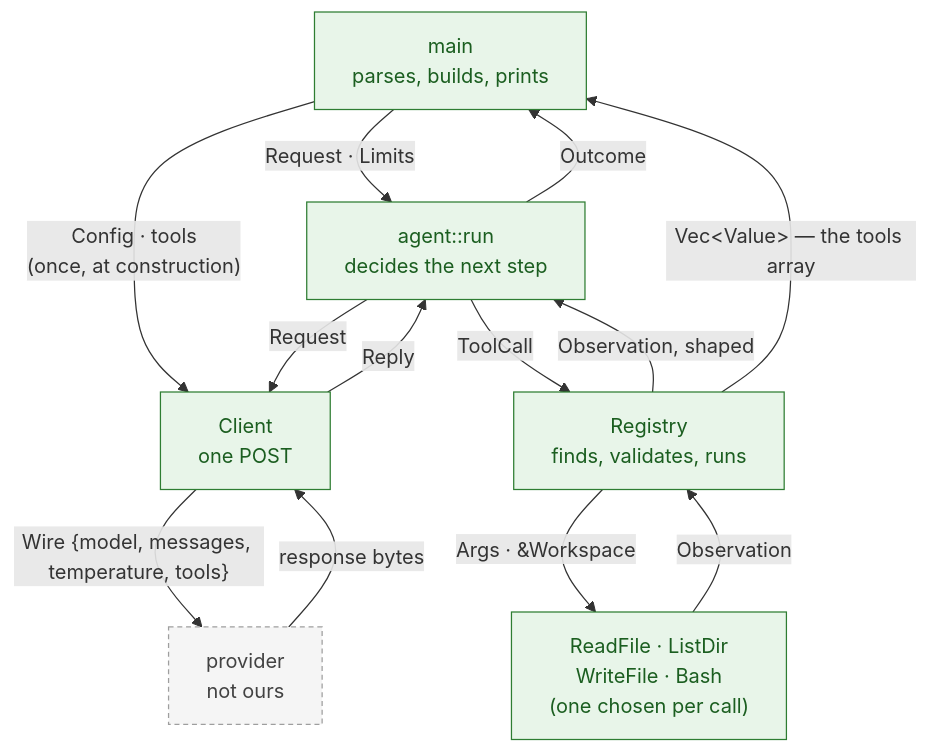
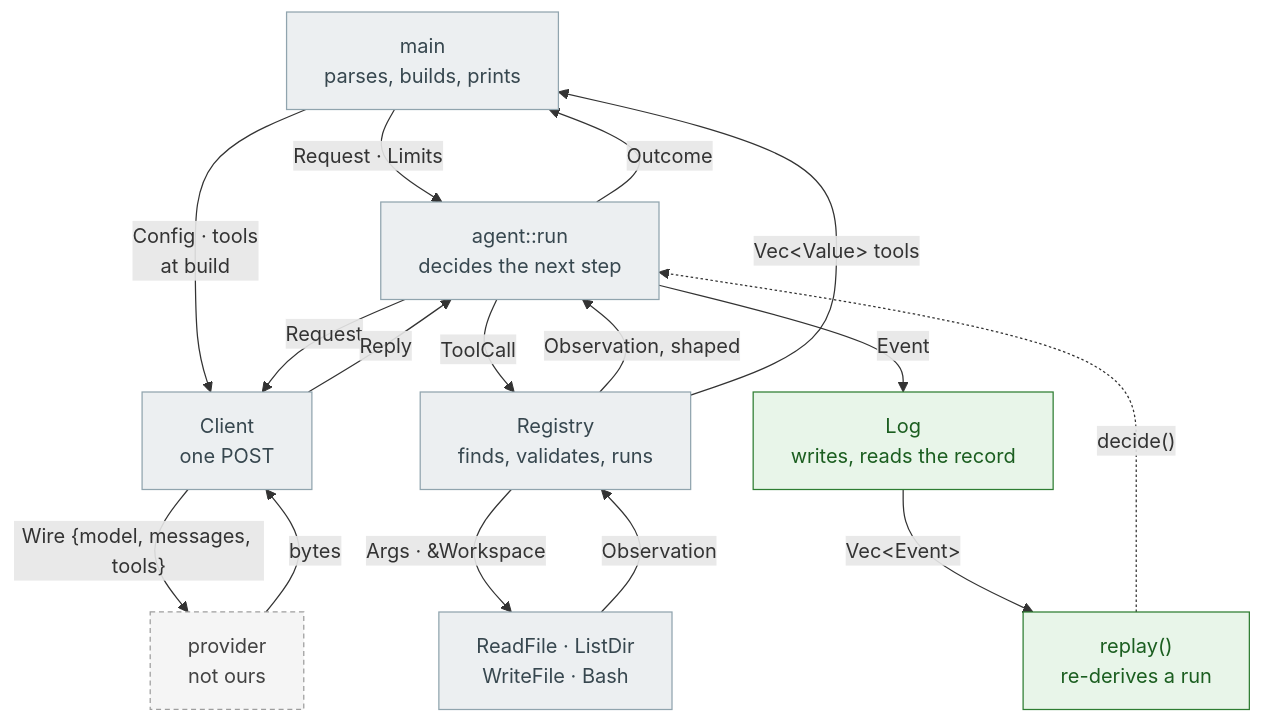
Before and after one commit to skinssong/my_harness: the diagram in diagrams/structs.mmd, drawn with Mermaid. The commit also changed 7 other files, not shown here.

First line of the commit message:
docs: add S3's structs to the relation diagram

```diff
--- a/diagrams/structs.mmd
+++ b/diagrams/structs.mmd
@@ -1,23 +1,32 @@
 flowchart TB
-    MAIN["main<br/>parses, builds, prints"]:::actor
-    LOOP["agent::run<br/>decides the next step"]:::actor
-    CLIENT["Client<br/>one POST"]:::actor
-    REG["Registry<br/>finds, validates, runs"]:::actor
-    TOOLS["ReadFile · ListDir<br/>WriteFile · Bash<br/>(one chosen per call)"]:::actor
+    MAIN["main<br/>parses, builds, prints"]:::old
+    LOOP["agent::run<br/>decides the next step"]:::old
+    CLIENT["Client<br/>one POST"]:::old
+    REG["Registry<br/>finds, validates, runs"]:::old
+    TOOLS["ReadFile · ListDir<br/>WriteFile · Bash"]:::old
+
+    LOG["Log<br/>writes, reads the record"]:::new
+    REPLAY["replay()<br/>re-derives a run"]:::new
+
     PROV["provider<br/>not ours"]:::external
 
     MAIN -->|"Request · Limits"| LOOP
-    MAIN -->|"Config · tools<br/>(once, at construction)"| CLIENT
+    MAIN -->|"Config · tools<br/>at build"| CLIENT
     LOOP -->|"Request"| CLIENT
-    CLIENT -->|"Wire {model, messages, temperature, tools}"| PROV
-    PROV -->|"response bytes"| CLIENT
+    CLIENT -->|"Wire {model, messages, tools}"| PROV
+    PROV -->|"bytes"| CLIENT
     CLIENT -->|"Reply"| LOOP
     LOOP -->|"ToolCall"| REG
     REG -->|"Args · &Workspace"| TOOLS
     TOOLS -->|"Observation"| REG
     REG -->|"Observation, shaped"| LOOP
-    REG -->|"Vec&lt;Value&gt; — the tools array"| MAIN
+    REG -->|"Vec&lt;Value&gt; tools"| MAIN
     LOOP -->|"Outcome"| MAIN
 
-    classDef actor fill:#E8F5E9,stroke:#2E7D32,color:#1B5E20
+    LOOP -->|"Event"| LOG
+    LOG -->|"Vec&lt;Event&gt;"| REPLAY
+    REPLAY -. "decide()" .-> LOOP
+
+    classDef old fill:#ECEFF1,stroke:#90A4AE,color:#37474F
+    classDef new fill:#E8F5E9,stroke:#2E7D32,color:#1B5E20
     classDef external fill:#F5F5F5,stroke:#9E9E9E,color:#424242,stroke-dasharray: 4 3
```
